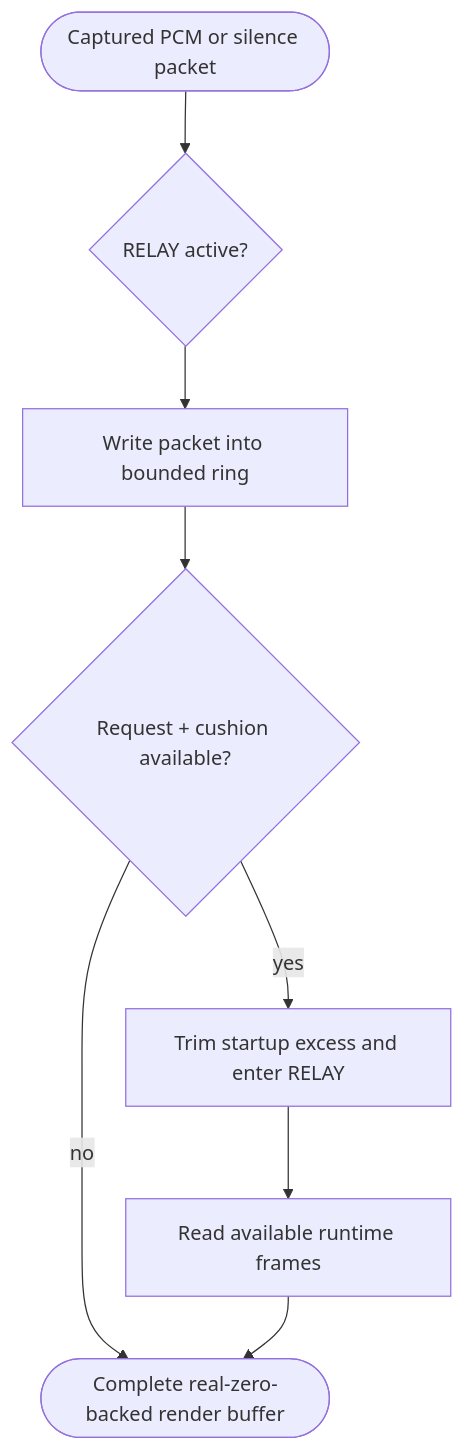
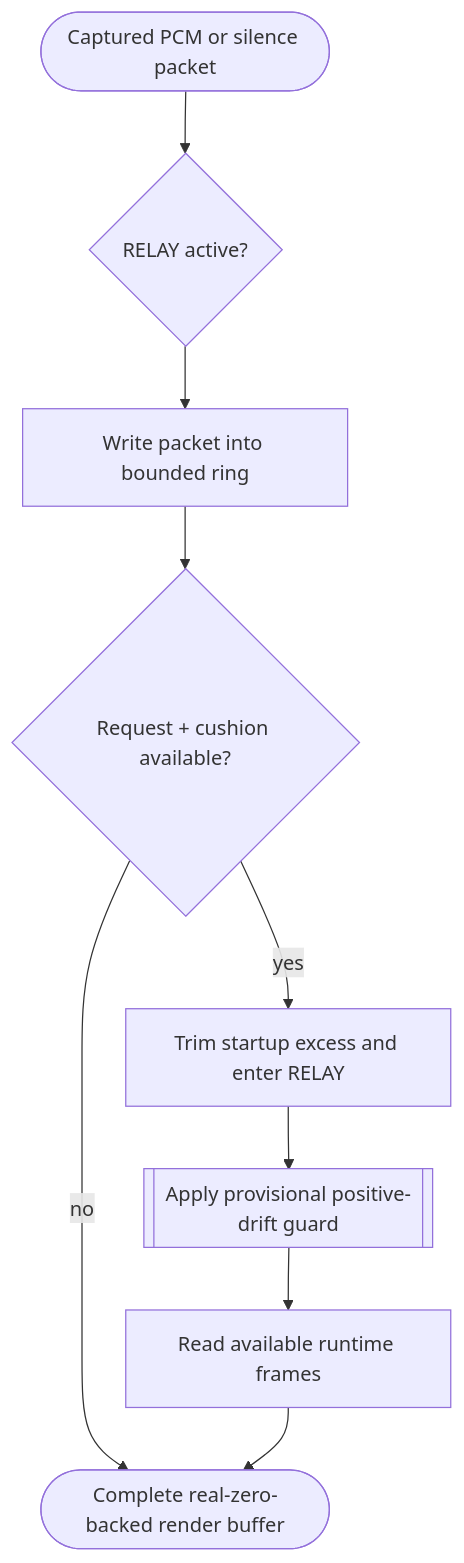
One commit to STanJK/LE-Audio-Relay changed the diagram in VF/pcm-relay-boundary.vf.md. Above: the diagram before and after it, drawn with Mermaid. The commit also changed other lines of this file and 5 other files, not shown here.

Commit message:
docs: map power lifecycle journal and provisional drift guard into VF-KB

````diff
--- a/VF/pcm-relay-boundary.vf.md
+++ b/VF/pcm-relay-boundary.vf.md
@@ -67,43 +67,48 @@
 ```mermaid
 flowchart TD
     %% vf:flow id="pcm-boundary"
 
     %% vf:element kind="input"
     packet(["Captured PCM or silence packet"])
 
     %% vf:element kind="decision"
     %% vf:guard expr="RelayActive" source="boundary"
     relay{"RELAY active?"}
 
     %% vf:element kind="action"
     %% vf:op call target="_ring.Write" args="buffer,maxFillFrames" source="boundary"
     write["Write packet into bounded ring"]
 
     %% vf:element kind="decision"
     %% vf:guard expr="observedFill >= requiredFill" source="boundary"
     ready{"Request + cushion available?"}
 
     %% vf:element kind="action"
     %% vf:op call target="_ring.Discard" args="excess" source="boundary"
     activate["Trim startup excess and enter RELAY"]
 
+    %% vf:element kind="child"
+    %% vf:expand node="leaudio-router.round4-shell.worker-generation.route-session.pcm-relay-boundary.provisional-positive-drift-guard"
+    guard[["Apply provisional positive-drift guard"]]
+
     %% vf:element kind="action"
     %% vf:op call target="_ring.Read" args="buffer,requestedFrames" source="boundary"
     read["Read available runtime frames"]
 
     %% vf:element kind="output"
     render(["Complete real-zero-backed render buffer"])
 
     packet --> relay
     relay --> write
     write --> ready
 
     %% vf:branch when="observedFill >= requiredFill"
     ready -->|"yes"| activate
 
     %% vf:branch when="observedFill < requiredFill"
     ready -->|"no"| render
 
-    activate --> read
+    activate --> guard
+    guard --> read
     read --> render
 ```
````
